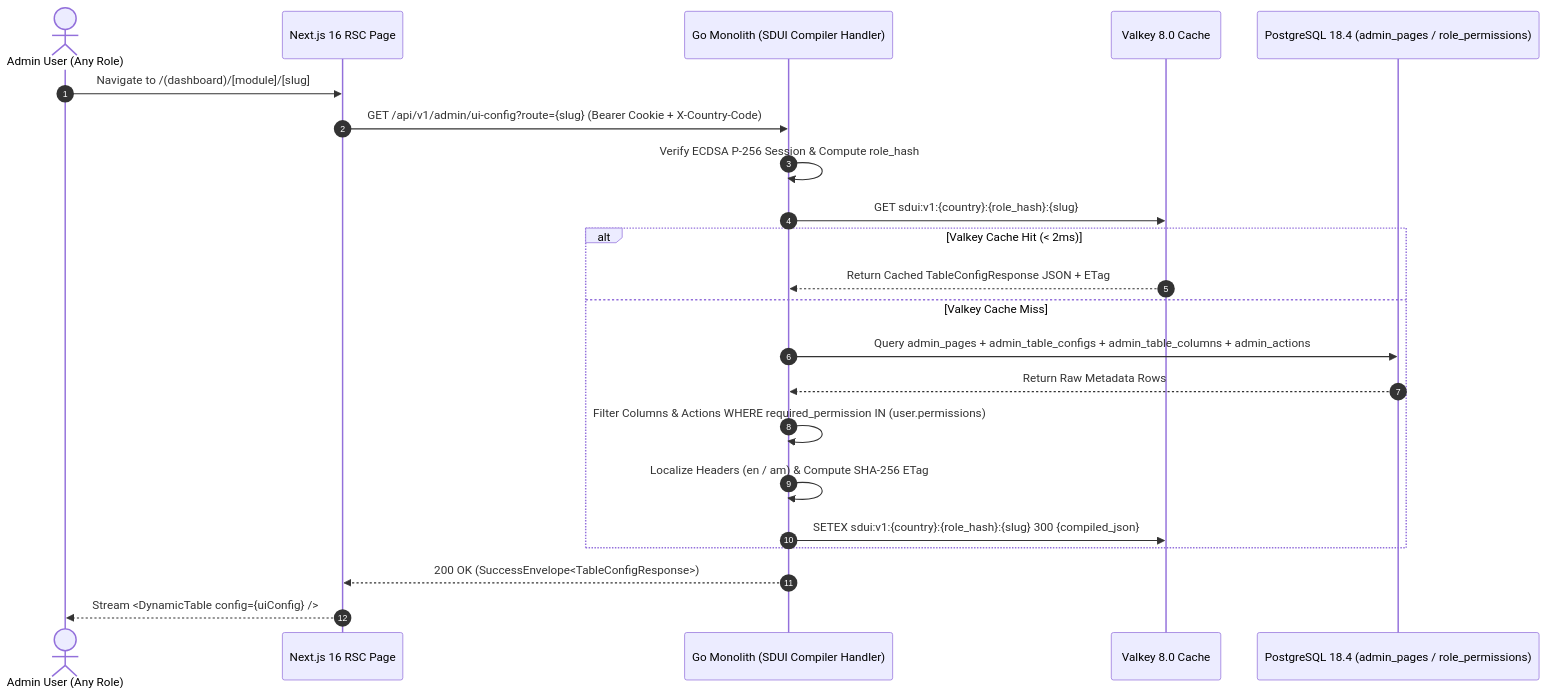
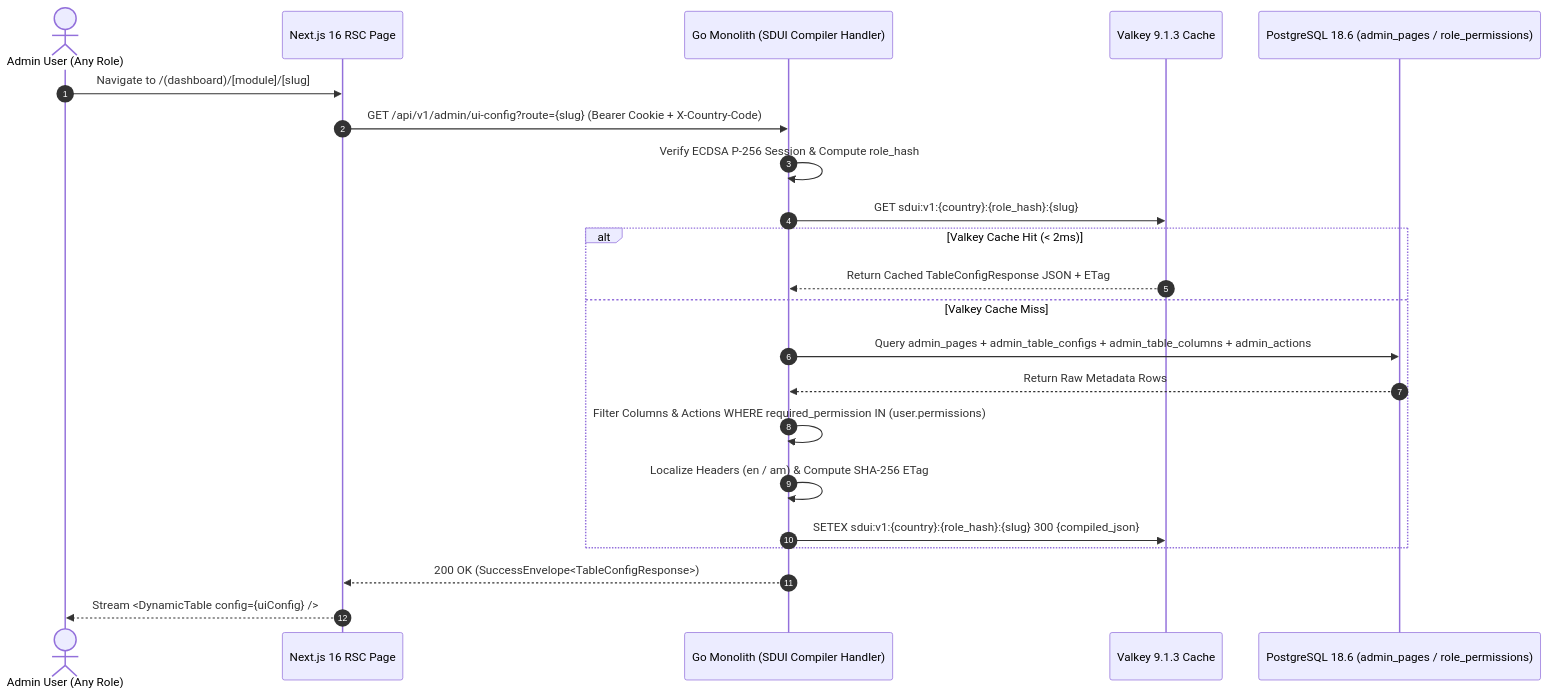
One commit to YDink/Heavy-Machinery-Logistics-Rental changed the diagram in docs/admin/schema-engine/01-dynamic-ui-engine-overview.md. Above: the diagram before and after it, drawn with Mermaid. The commit also changed other lines of this file and 212 other files, not shown here.

````diff
--- a/docs/admin/schema-engine/01-dynamic-ui-engine-overview.md
+++ b/docs/admin/schema-engine/01-dynamic-ui-engine-overview.md
@@ -80,25 +80,25 @@
 ```mermaid
 sequenceDiagram
     autonumber
     actor Admin as Admin User (Any Role)
     participant RSC as Next.js 16 RSC Page
     participant GoSDUI as Go Monolith (SDUI Compiler Handler)
-    participant VK as Valkey 8.0 Cache
-    participant PG as PostgreSQL 18.4 (admin_pages / role_permissions)
+    participant VK as Valkey 9.1.3 Cache
+    participant PG as PostgreSQL 18.6 (admin_pages / role_permissions)
 
     Admin->>RSC: Navigate to /(dashboard)/[module]/[slug]
     RSC->>GoSDUI: GET /api/v1/admin/ui-config?route={slug} (Bearer Cookie + X-Country-Code)
     GoSDUI->>GoSDUI: Verify ECDSA P-256 Session & Compute role_hash
     GoSDUI->>VK: GET sdui:v1:{country}:{role_hash}:{slug}
     alt Valkey Cache Hit (< 2ms)
         VK-->>GoSDUI: Return Cached TableConfigResponse JSON + ETag
     else Valkey Cache Miss
         GoSDUI->>PG: Query admin_pages + admin_table_configs + admin_table_columns + admin_actions
         PG-->>GoSDUI: Return Raw Metadata Rows
         GoSDUI->>GoSDUI: Filter Columns & Actions WHERE required_permission IN (user.permissions)
         GoSDUI->>GoSDUI: Localize Headers (en / am) & Compute SHA-256 ETag
         GoSDUI->>VK: SETEX sdui:v1:{country}:{role_hash}:{slug} 300 {compiled_json}
     end
     GoSDUI-->>RSC: 200 OK (SuccessEnvelope<TableConfigResponse>)
     RSC-->>Admin: Stream <DynamicTable config={uiConfig} />
 ```
````
